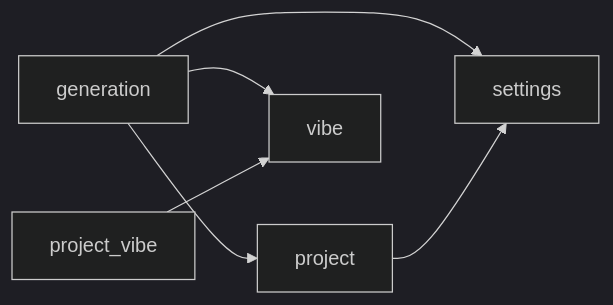
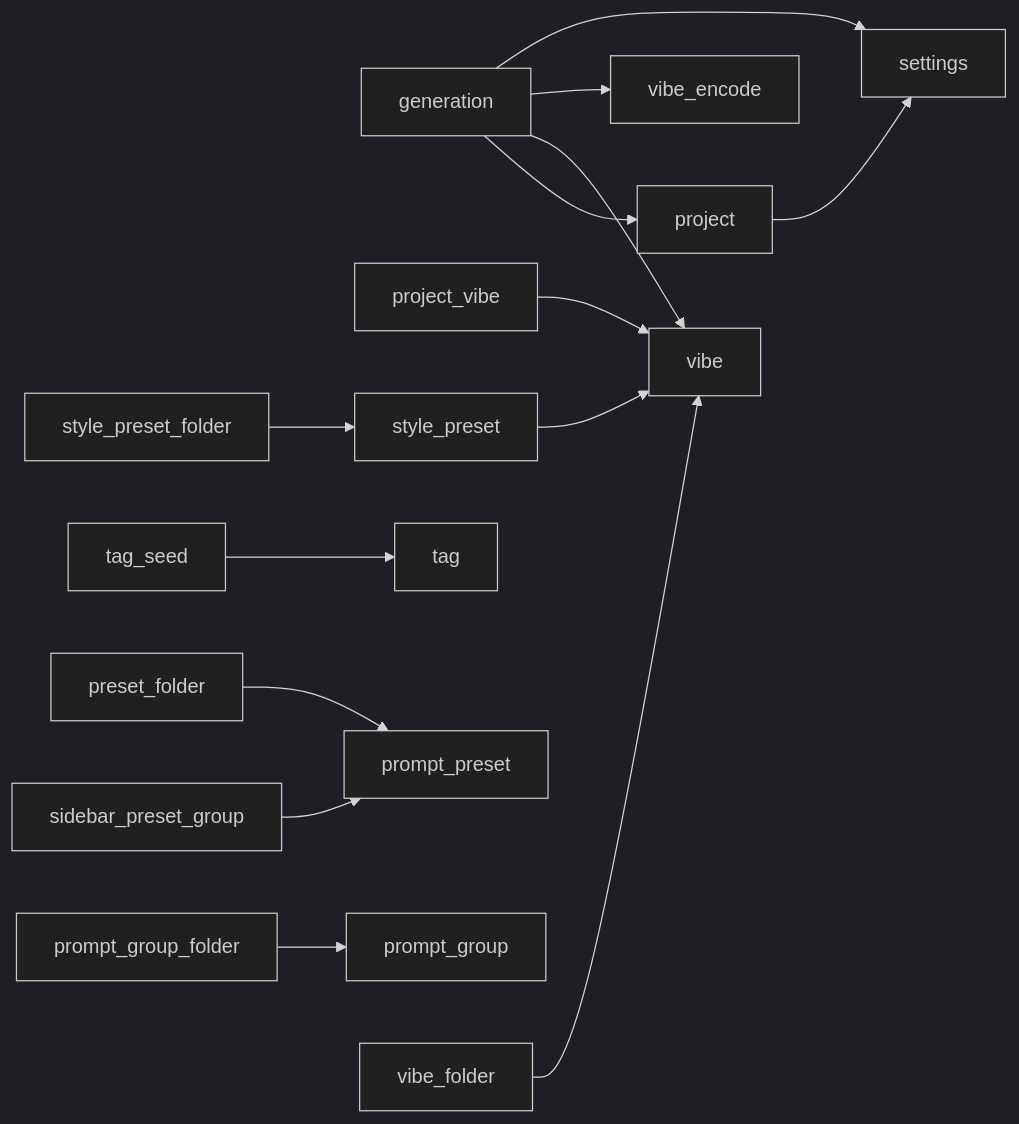
One commit to nkdk9315/NovelAI-desktop-app changed the second of 3 diagrams in docs/architecture/ARCHITECTURE.md. Above: the diagram before and after it, drawn with Mermaid (dark theme). The commit also changed other lines of this file and 9 other files, not shown here.

````diff
--- a/docs/architecture/ARCHITECTURE.md
+++ b/docs/architecture/ARCHITECTURE.md
@@ -118,8 +176,16 @@
 ```mermaid
 graph LR
     generation --> project
     generation --> vibe
+    generation --> vibe_encode
     generation --> settings
     project --> settings
     project_vibe --> vibe
+    style_preset --> vibe
+    tag_seed --> tag
+    sidebar_preset_group --> prompt_preset
+    prompt_group_folder --> prompt_group
+    vibe_folder --> vibe
+    style_preset_folder --> style_preset
+    preset_folder --> prompt_preset
 ```
````
